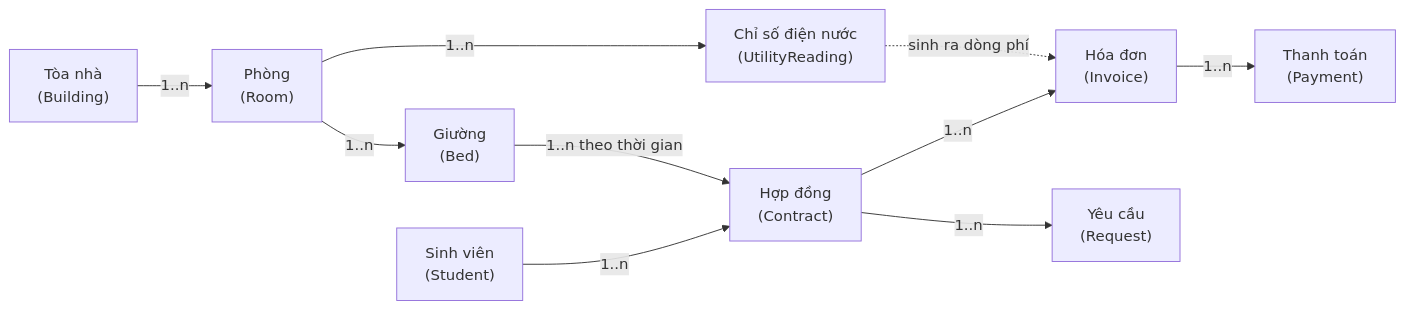
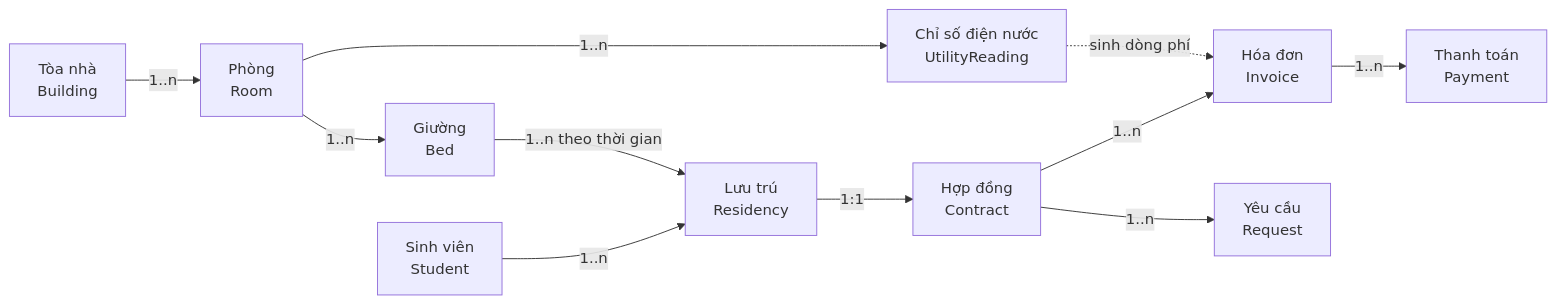
The first of 11 diagrams in docs/03-PHAN-TICH-NGHIEP-VU.md (NguyenMinh205/FE_QuanLyKTX), drawn with Mermaid before and after one commit. The commit also changed other lines of this file and 45 other files, not shown here.

````diff
--- a/docs/03-PHAN-TICH-NGHIEP-VU.md
+++ b/docs/03-PHAN-TICH-NGHIEP-VU.md
@@ -13,12 +16,13 @@
 ```mermaid
 flowchart LR
-    B["Tòa nhà<br/>(Building)"] -->|"1..n"| R["Phòng<br/>(Room)"]
-    R -->|"1..n"| BE["Giường<br/>(Bed)"]
-    S["Sinh viên<br/>(Student)"] -->|"1..n"| C["Hợp đồng<br/>(Contract)"]
-    BE -->|"1..n theo thời gian"| C
-    C -->|"1..n"| I["Hóa đơn<br/>(Invoice)"]
-    I -->|"1..n"| P["Thanh toán<br/>(Payment)"]
-    C -->|"1..n"| RQ["Yêu cầu<br/>(Request)"]
-    R -->|"1..n"| UR["Chỉ số điện nước<br/>(UtilityReading)"]
-    UR -.->|"sinh ra dòng phí"| I
+    B["Tòa nhà<br/>Building"] -->|"1..n"| R["Phòng<br/>Room"]
+    R -->|"1..n"| BD["Giường<br/>Bed"]
+    R -->|"1..n"| UR["Chỉ số điện nước<br/>UtilityReading"]
+    S["Sinh viên<br/>Student"] -->|"1..n"| RES["Lưu trú<br/>Residency"]
+    BD -->|"1..n theo thời gian"| RES
+    RES -->|"1:1"| C["Hợp đồng<br/>Contract"]
+    C -->|"1..n"| I["Hóa đơn<br/>Invoice"]
+    I -->|"1..n"| P["Thanh toán<br/>Payment"]
+    C -->|"1..n"| RQ["Yêu cầu<br/>Request"]
+    UR -.->|"sinh dòng phí"| I
 ```
````
